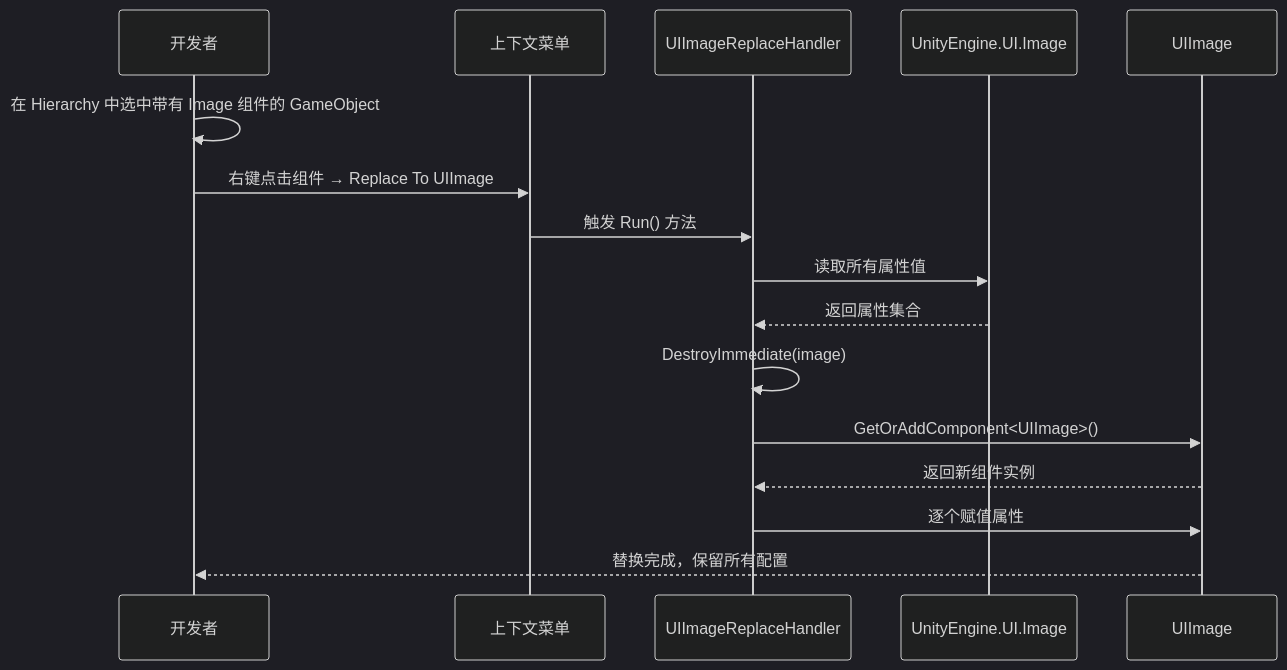
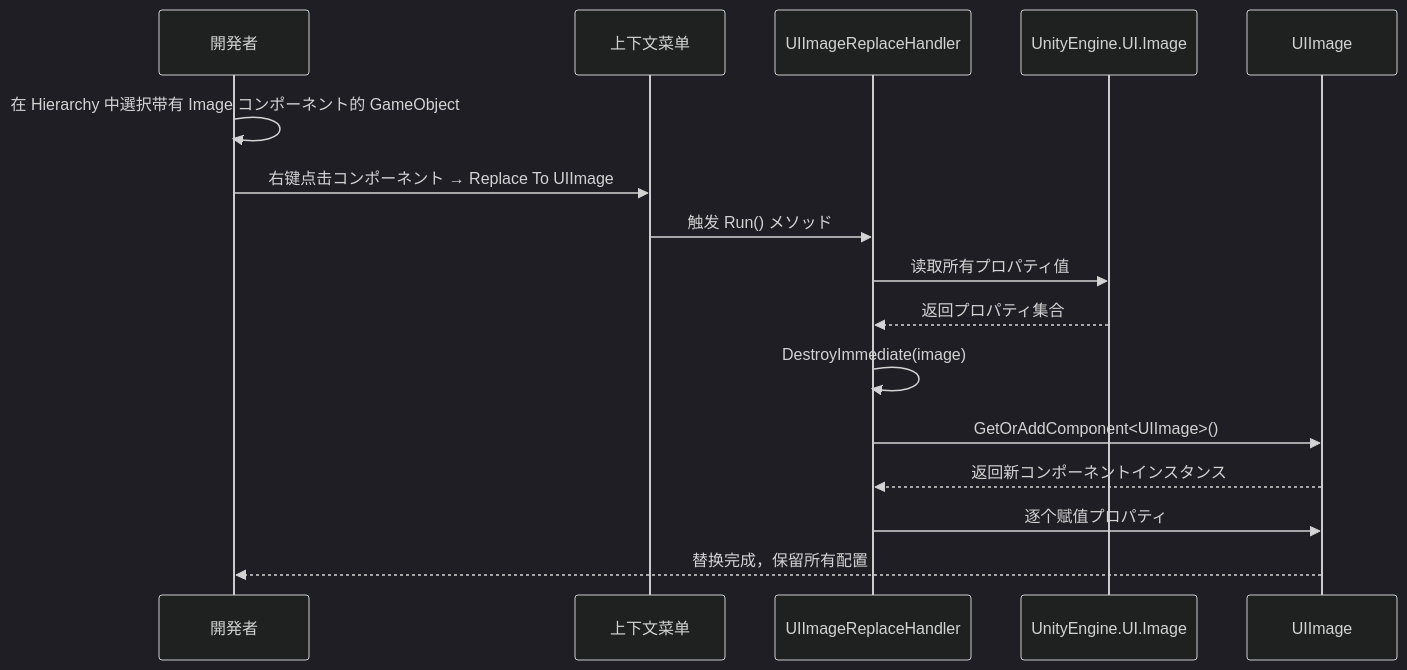
The second of 2 diagrams in docs/ja/client/unity/component/ui-ugui/15.image-replace.md (AlianBlank/GameFrameX.Docs), drawn with Mermaid (dark theme) before and after one commit. The commit also changed other lines of this file and 603 other files, not shown here.

````diff
--- a/docs/ja/client/unity/component/ui-ugui/15.image-replace.md
+++ b/docs/ja/client/unity/component/ui-ugui/15.image-replace.md
@@ -45,19 +45,19 @@
 ```mermaid
 sequenceDiagram
-    participant Dev as 开发者
+    participant Dev as 開発者
     participant Menu as 上下文菜单
     participant Handler as UIImageReplaceHandler
     participant Image as UnityEngine.UI.Image
     participant UIImage as UIImage
     
-    Dev->>Dev: 在 Hierarchy 中选中带有 Image 组件的 GameObject
-    Dev->>Menu: 右键点击组件 → Replace To UIImage
-    Menu->>Handler: 触发 Run() 方法
-    Handler->>Image: 读取所有属性值
-    Image-->>Handler: 返回属性集合
+    Dev->>Dev: 在 Hierarchy 中選択带有 Image コンポーネント的 GameObject
+    Dev->>Menu: 右键点击コンポーネント → Replace To UIImage
+    Menu->>Handler: 触发 Run() メソッド
+    Handler->>Image: 读取所有プロパティ值
+    Image-->>Handler: 返回プロパティ集合
     Handler->>Handler: DestroyImmediate(image)
     Handler->>UIImage: GetOrAddComponent<UIImage>()
-    UIImage-->>Handler: 返回新组件实例
-    Handler->>UIImage: 逐个赋值属性
+    UIImage-->>Handler: 返回新コンポーネントインスタンス
+    Handler->>UIImage: 逐个赋值プロパティ
     UIImage-->>Dev: 替换完成，保留所有配置
 ```
````
